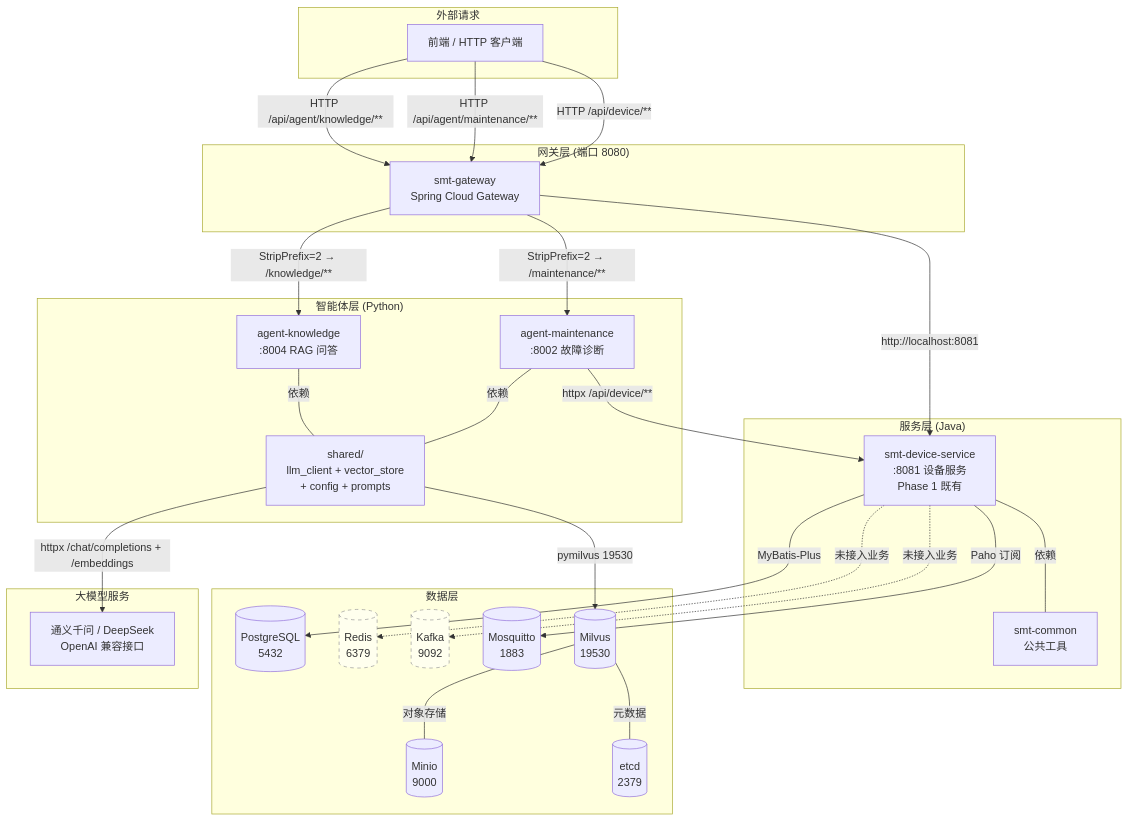
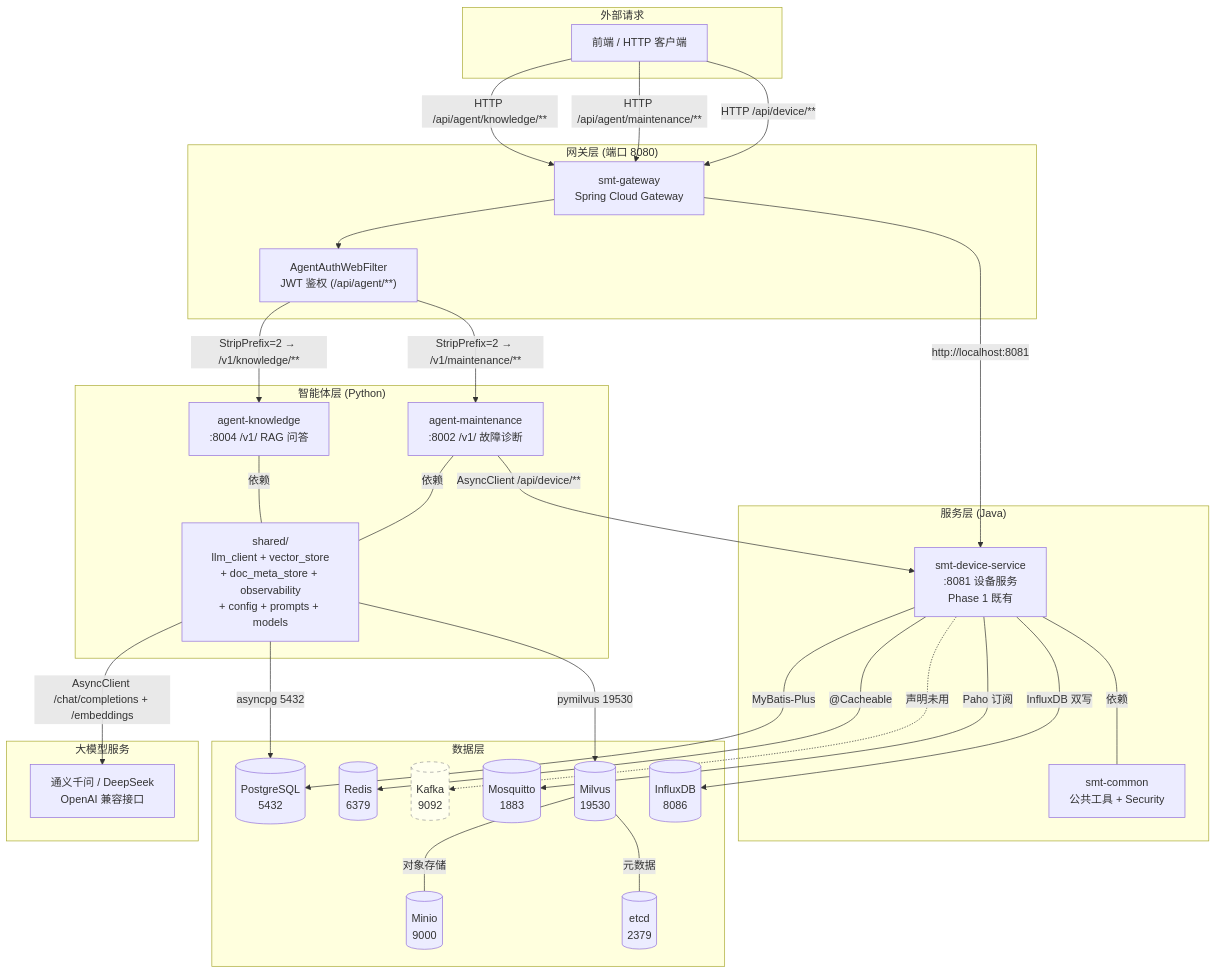
One commit to north30-dev/smt-agent-platform changed the first of 8 diagrams in docs/explaination/project-explanation-phase2.md. Above: the diagram before and after it, drawn with Mermaid. The commit also changed other lines of this file and 2 other files, not shown here.

````diff
--- a/docs/explaination/project-explanation-phase2.md
+++ b/docs/explaination/project-explanation-phase2.md
@@ -118,61 +121,65 @@
 ```mermaid
 graph TB
-    subgraph 外部["外部请求"]
-        Client[前端 / HTTP 客户端]
+    subgraph ExtReq["外部请求"]
+        Client["前端 / HTTP 客户端"]
     end
 
-    subgraph 网关层["网关层 (端口 8080)"]
-        GW[smt-gateway<br/>Spring Cloud Gateway]
+    subgraph GatewayLayer["网关层 (端口 8080)"]
+        GW["smt-gateway<br/>Spring Cloud Gateway"]
+        AuthFilter["AgentAuthWebFilter<br/>JWT 鉴权 (/api/agent/**)"]
     end
 
-    subgraph 智能体层["智能体层 (Python)"]
-        AK[agent-knowledge<br/>:8004 RAG 问答]
-        AM[agent-maintenance<br/>:8002 故障诊断]
-        Shared[shared/<br/>llm_client + vector_store<br/>+ config + prompts]
+    subgraph AgentLayer["智能体层 (Python)"]
+        AK["agent-knowledge<br/>:8004 /v1/ RAG 问答"]
+        AM["agent-maintenance<br/>:8002 /v1/ 故障诊断"]
+        Shared["shared/<br/>llm_client + vector_store<br/>+ doc_meta_store + observability<br/>+ config + prompts + models"]
     end
 
-    subgraph 服务层["服务层 (Java)"]
-        DS[smt-device-service<br/>:8081 设备服务<br/>Phase 1 既有]
-        Common[smt-common<br/>公共工具]
+    subgraph ServiceLayer["服务层 (Java)"]
+        DS["smt-device-service<br/>:8081 设备服务<br/>Phase 1 既有"]
+        Common["smt-common<br/>公共工具 + Security"]
     end
 
-    subgraph 数据层["数据层"]
-        PG[(PostgreSQL<br/>5432)]
-        Redis[(Redis<br/>6379)]
-        Kafka[(Kafka<br/>9092)]
-        MQTT[(Mosquitto<br/>1883)]
-        Milvus[(Milvus<br/>19530)]
-        Minio[(Minio<br/>9000)]
-        Etcd[(etcd<br/>2379)]
+    subgraph DataLayer["数据层"]
+        PG[("PostgreSQL<br/>5432")]
+        Redis[("Redis<br/>6379")]
+        Kafka[("Kafka<br/>9092")]
+        MQTT[("Mosquitto<br/>1883")]
+        Milvus[("Milvus<br/>19530")]
+        Minio[("Minio<br/>9000")]
+        Etcd[("etcd<br/>2379")]
+        InfluxDB[("InfluxDB<br/>8086")]
     end
 
     subgraph LLMSvc["大模型服务"]
         LLM["通义千问 / DeepSeek<br/>OpenAI 兼容接口"]
     end
 
-    Client -->|HTTP /api/agent/knowledge/**| GW
-    Client -->|HTTP /api/agent/maintenance/**| GW
-    Client -->|HTTP /api/device/**| GW
-    GW -->|StripPrefix=2 → /knowledge/**| AK
-    GW -->|StripPrefix=2 → /maintenance/**| AM
-    GW -->|http://localhost:8081| DS
+    Client -->|"HTTP /api/agent/knowledge/**"| GW
+    Client -->|"HTTP /api/agent/maintenance/**"| GW
+    Client -->|"HTTP /api/device/**"| GW
+    GW --> AuthFilter
+    AuthFilter -->|"StripPrefix=2 → /v1/knowledge/**"| AK
+    AuthFilter -->|"StripPrefix=2 → /v1/maintenance/**"| AM
+    GW -->|"http://localhost:8081"| DS
 
     AK ---|依赖| Shared
     AM ---|依赖| Shared
 
-    Shared -->|httpx /chat/completions + /embeddings| LLM
-    Shared -->|pymilvus 19530| Milvus
-    AM -->|httpx /api/device/**| DS
+    Shared -->|"AsyncClient /chat/completions + /embeddings"| LLM
+    Shared -->|"pymilvus 19530"| Milvus
+    Shared -->|"asyncpg 5432"| PG
+    AM -->|"AsyncClient /api/device/**"| DS
 
     DS ---|依赖| Common
-    DS -->|MyBatis-Plus| PG
-    DS -->|Paho 订阅| MQTT
-    DS -.->|未接入业务| Redis
-    DS -.->|未接入业务| Kafka
+    DS -->|"MyBatis-Plus"| PG
+    DS -->|"Paho 订阅"| MQTT
+    DS -->|"@Cacheable"| Redis
+    DS -->|"InfluxDB 双写"| InfluxDB
+    DS -.->|"声明未用"| Kafka
 
     Milvus ---|元数据| Etcd
     Milvus ---|对象存储| Minio
 
-    style Redis fill:#ffe,stroke:#999,stroke-dasharray: 5 5
     style Kafka fill:#ffe,stroke:#999,stroke-dasharray: 5 5
 ```
````
